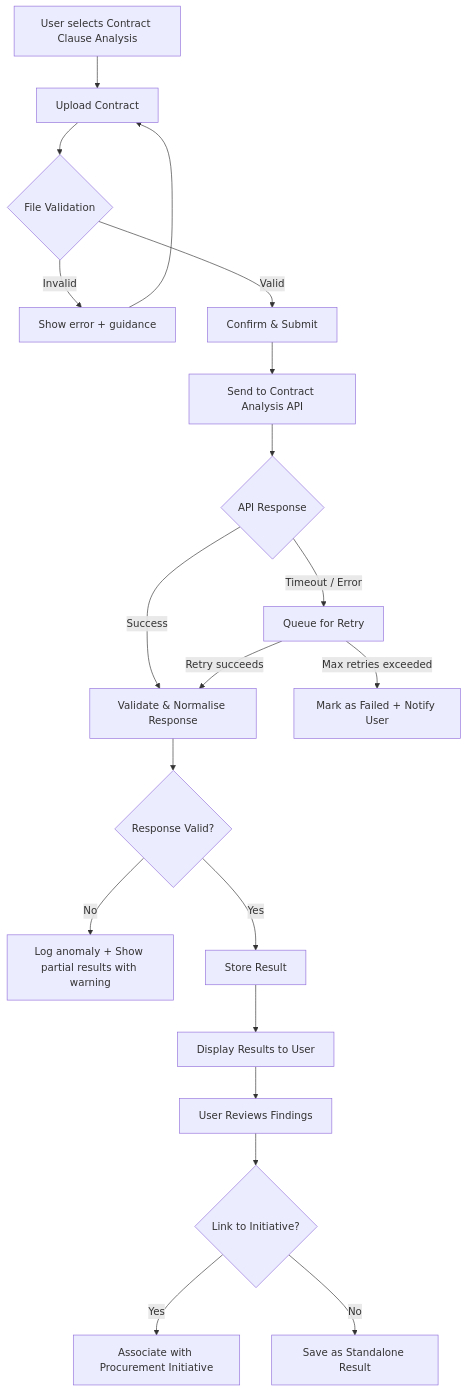
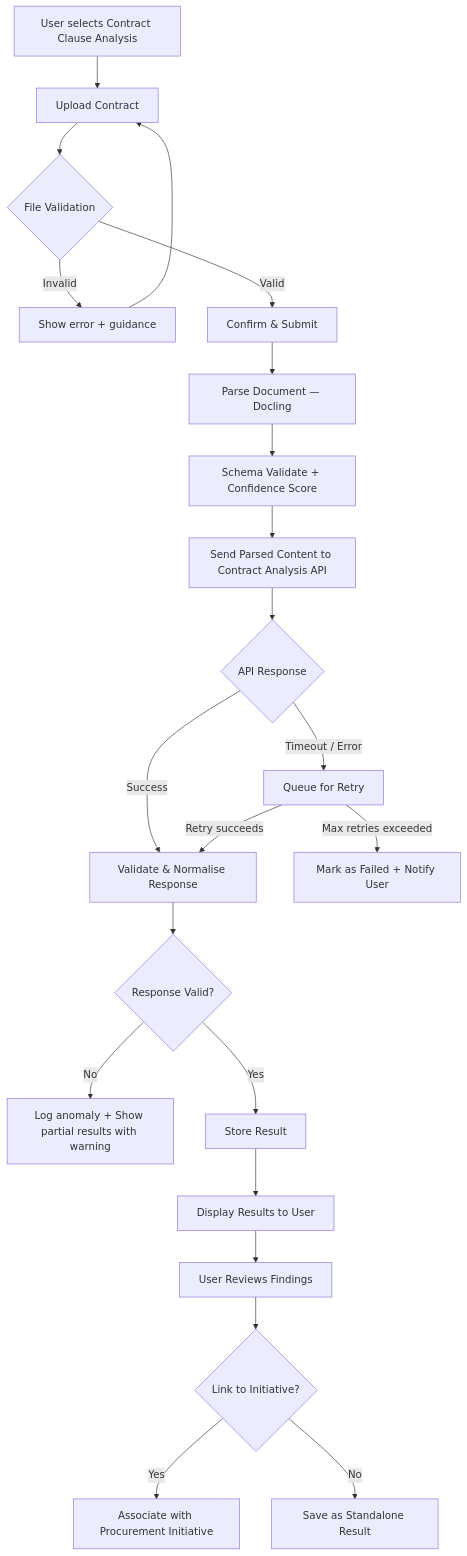
The second of 4 diagrams in docs/contract-clause-analysis-capability-design.md (garethdaine/capability), drawn with Mermaid before and after one commit. The commit also changed other lines of this file and 3 other files, not shown here.

````diff
--- a/docs/contract-clause-analysis-capability-design.md
+++ b/docs/contract-clause-analysis-capability-design.md
@@ -108,22 +108,24 @@
 ```mermaid
 flowchart TD
     A[User selects Contract Clause Analysis] --> B[Upload Contract]
     B --> C{File Validation}
     C -->|Invalid| D[Show error + guidance]
     D --> B
     C -->|Valid| E[Confirm & Submit]
-    E --> F[Send to Contract Analysis API]
+    E --> E1[Parse Document — Docling]
+    E1 --> E2[Schema Validate + Confidence Score]
+    E2 --> F[Send Parsed Content to Contract Analysis API]
     F --> G{API Response}
     G -->|Success| H[Validate & Normalise Response]
     G -->|Timeout / Error| I[Queue for Retry]
     I -->|Max retries exceeded| J[Mark as Failed + Notify User]
     I -->|Retry succeeds| H
     H --> K{Response Valid?}
     K -->|No| L[Log anomaly + Show partial results with warning]
     K -->|Yes| M[Store Result]
     M --> N[Display Results to User]
     N --> O[User Reviews Findings]
     O --> P{Link to Initiative?}
     P -->|Yes| Q[Associate with Procurement Initiative]
     P -->|No| R[Save as Standalone Result]
 ```
````
